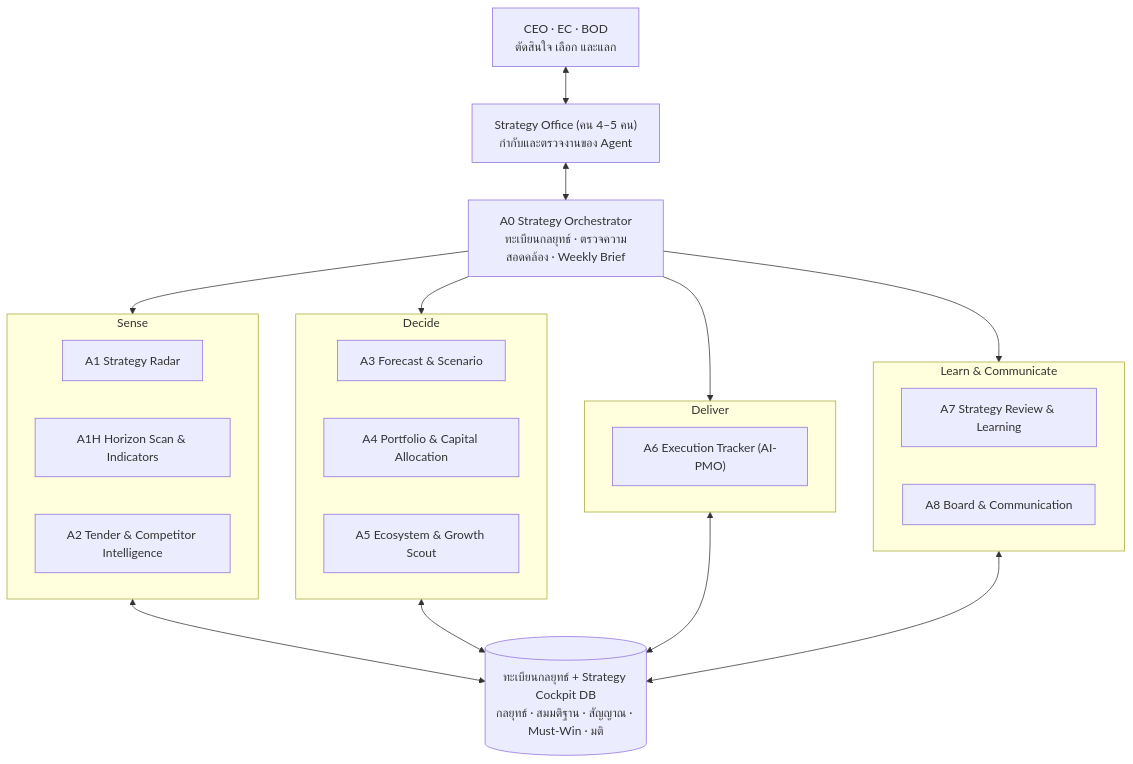
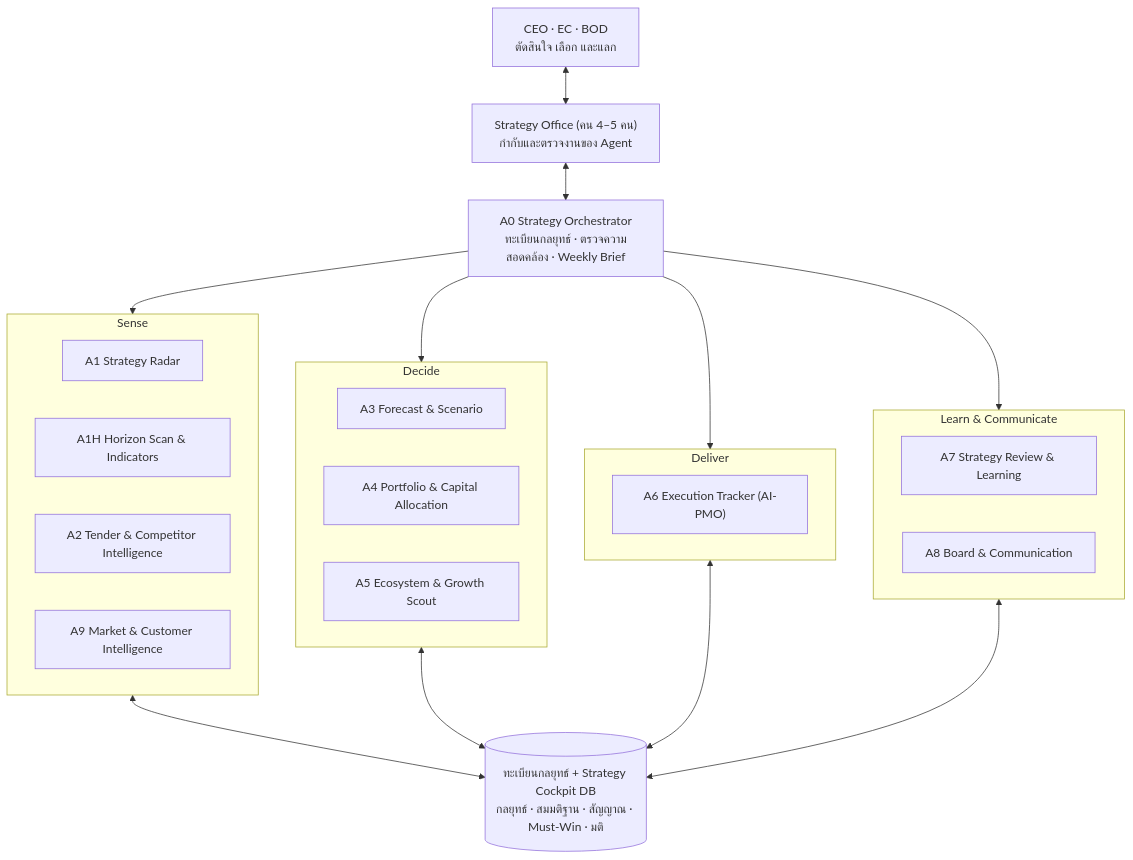
The diagram in knowledge-base/02-agentic-strategy-office.md (jinnaphas/strategy), drawn with Mermaid before and after one commit. The commit also changed other lines of this file and 7 other files, not shown here.

First line of the commit message:
Add A9 Market & Customer Intelligence, 7QC tools and alert design docs

````diff
--- a/knowledge-base/02-agentic-strategy-office.md
+++ b/knowledge-base/02-agentic-strategy-office.md
@@ -20,29 +20,30 @@
 ```mermaid
 flowchart TB
     EXEC["CEO · EC · BOD<br/>ตัดสินใจ เลือก และแลก"]
     SO["Strategy Office (คน 4–5 คน)<br/>กำกับและตรวจงานของ Agent"]
     ORC["A0 Strategy Orchestrator<br/>ทะเบียนกลยุทธ์ · ตรวจความสอดคล้อง · Weekly Brief"]
     subgraph SENSE["Sense"]
         A1["A1 Strategy Radar"]
         A1H["A1H Horizon Scan & Indicators"]
         A2["A2 Tender & Competitor Intelligence"]
+        A9["A9 Market & Customer Intelligence"]
     end
     subgraph DECIDE["Decide"]
         A3["A3 Forecast & Scenario"]
         A4["A4 Portfolio & Capital Allocation"]
         A5["A5 Ecosystem & Growth Scout"]
     end
     subgraph DELIVER["Deliver"]
         A6["A6 Execution Tracker (AI-PMO)"]
     end
     subgraph LEARN["Learn & Communicate"]
         A7["A7 Strategy Review & Learning"]
         A8["A8 Board & Communication"]
     end
     DATA[("ทะเบียนกลยุทธ์ + Strategy Cockpit DB<br/>กลยุทธ์ · สมมติฐาน · สัญญาณ · Must-Win · มติ")]
 
     EXEC <--> SO
     SO <--> ORC
     ORC --> SENSE & DECIDE & DELIVER & LEARN
     SENSE & DECIDE & DELIVER & LEARN <--> DATA
 ```
````
